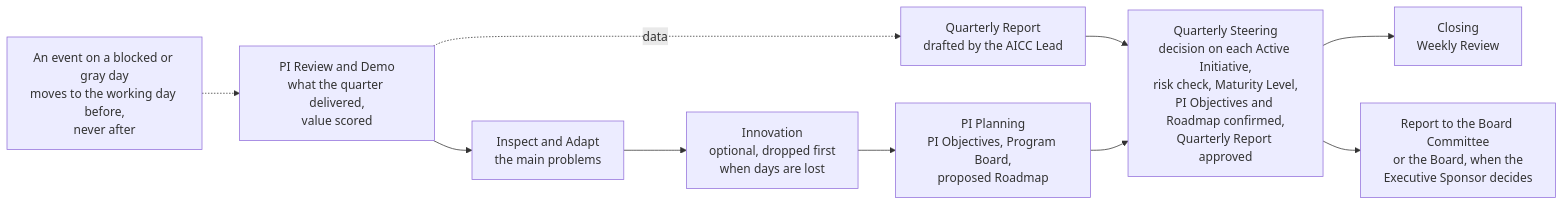
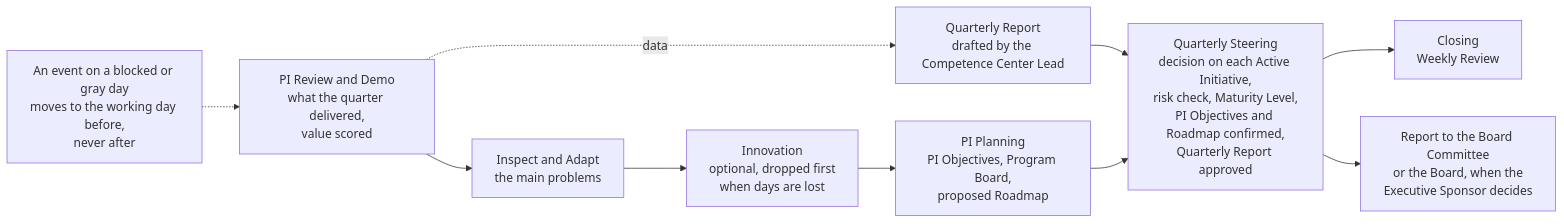
Before and after one commit to devhogu/ob-aicc: the fourth of 4 diagrams in charter/en/guides/cadence-guide.md, drawn with Mermaid. The commit also changed other lines of this file and 1149 other files, not shown here.

First line of the commit message:
The name Competence Center: AICC stays only as a code (DR-2026-066)

````diff
--- a/charter/en/guides/cadence-guide.md
+++ b/charter/en/guides/cadence-guide.md
@@ -105,12 +105,12 @@
 ```mermaid
 flowchart LR
   PR["PI Review and Demo<br/>what the quarter delivered,<br/>value scored"] --> IA["Inspect and Adapt<br/>the main problems"]
   IA --> IN["Innovation<br/>optional, dropped first<br/>when days are lost"]
   IN --> PP["PI Planning<br/>PI Objectives, Program Board,<br/>proposed Roadmap"]
-  PR -.->|"data"| QR["Quarterly Report<br/>drafted by the AICC Lead"]
+  PR -.->|"data"| QR["Quarterly Report<br/>drafted by the Competence Center Lead"]
   QR --> QS
   PP --> QS["Quarterly Steering<br/>decision on each Active Initiative,<br/>risk check, Maturity Level,<br/>PI Objectives and Roadmap confirmed,<br/>Quarterly Report approved"]
   QS --> WR["Closing<br/>Weekly Review"]
   QS --> BC["Report to the Board Committee<br/>or the Board, when the<br/>Executive Sponsor decides"]
   RULE["An event on a blocked or gray day<br/>moves to the working day before,<br/>never after"] -.-> PR
 ```
````
